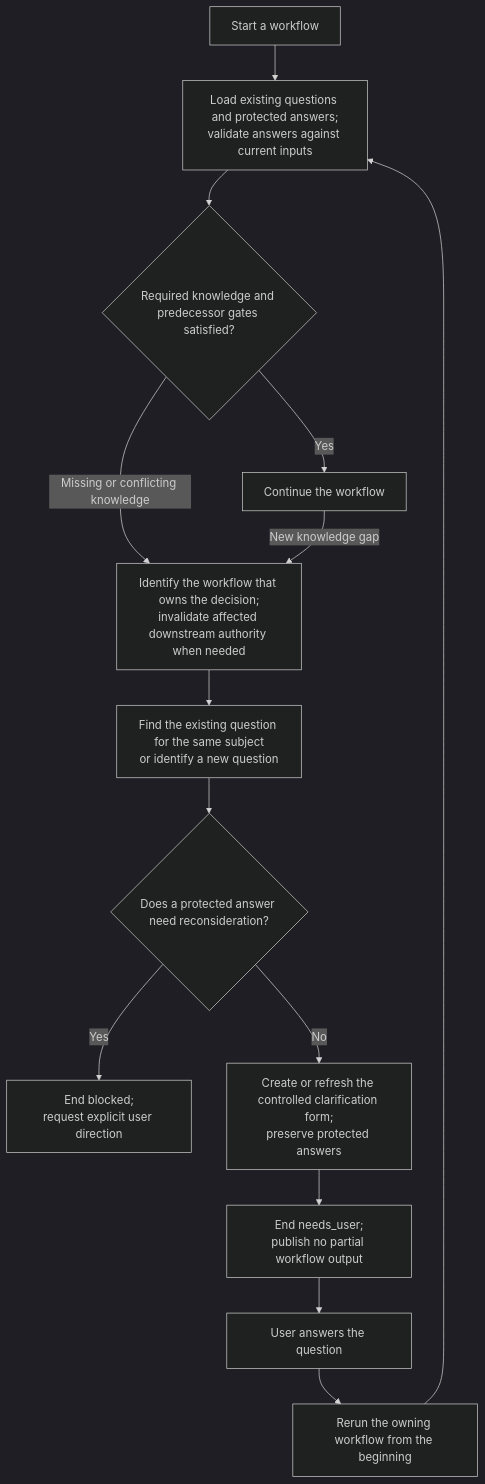
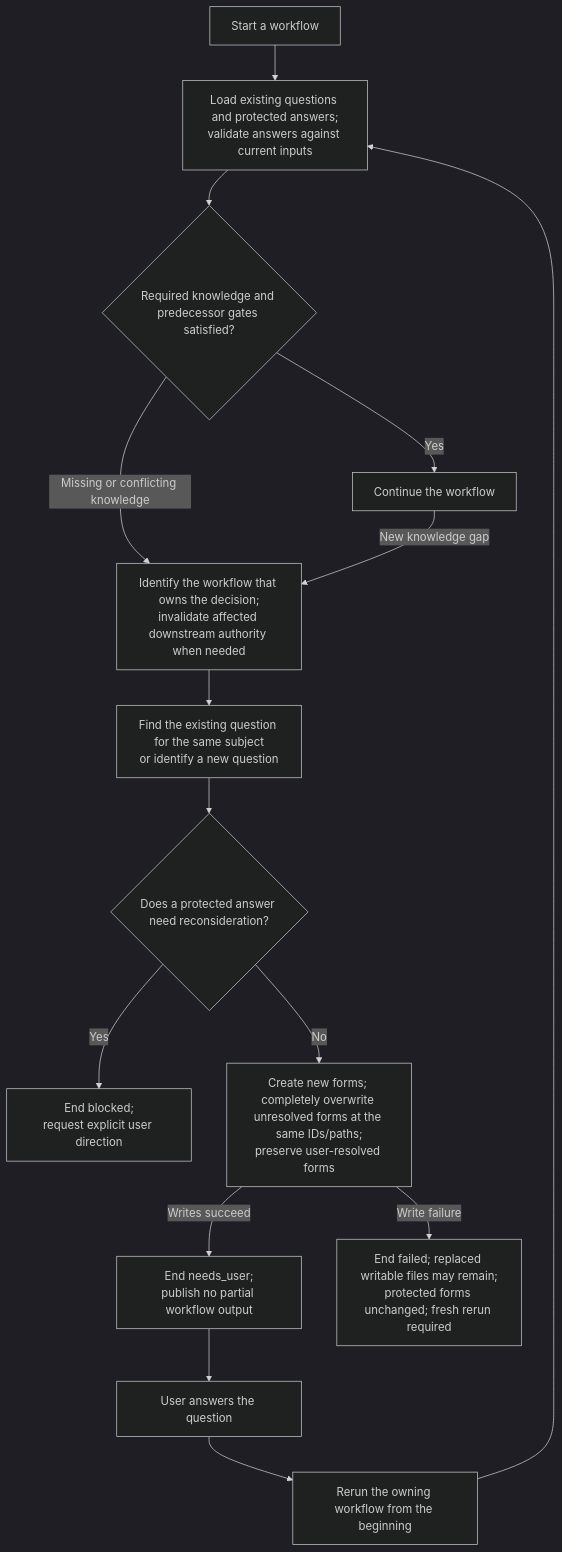
One commit to littledespot/sdde changed the diagram in design/diagrams/07-clarification-lifecycle.md. Above: the diagram before and after it, drawn with Mermaid (dark theme). The commit also changed other lines of this file and 99 other files, not shown here.

````diff
--- a/design/diagrams/07-clarification-lifecycle.md
+++ b/design/diagrams/07-clarification-lifecycle.md
@@ -3,16 +3,17 @@
 ```mermaid
 flowchart TD
     START["Start a workflow"] --> LOAD["Load existing questions and protected answers;<br/>validate answers against current inputs"]
     LOAD --> GATE{"Required knowledge and predecessor gates satisfied?"}
     GATE -->|Yes| RUN["Continue the workflow"]
     GATE -->|Missing or conflicting knowledge| OWNER["Identify the workflow that owns the decision;<br/>invalidate affected downstream authority when needed"]
     RUN -->|New knowledge gap| OWNER
     OWNER --> SUBJECT["Find the existing question for the same subject<br/>or identify a new question"]
     SUBJECT --> PROTECTED{"Does a protected answer need reconsideration?"}
     PROTECTED -->|Yes| BLOCKED["End blocked;<br/>request explicit user direction"]
-    PROTECTED -->|No| SAVE["Create or refresh the controlled clarification form;<br/>preserve protected answers"]
-    SAVE --> WAIT["End needs_user;<br/>publish no partial workflow output"]
+    PROTECTED -->|No| SAVE["Create new forms; completely overwrite unresolved forms at the same IDs/paths;<br/>preserve user-resolved forms"]
+    SAVE -->|Writes succeed| WAIT["End needs_user;<br/>publish no partial workflow output"]
+    SAVE -->|Write failure| FAIL["End failed; replaced writable files may remain;<br/>protected forms unchanged; fresh rerun required"]
     WAIT --> USER["User answers the question"]
     USER --> RERUN["Rerun the owning workflow from the beginning"]
     RERUN --> LOAD
 ```
````
